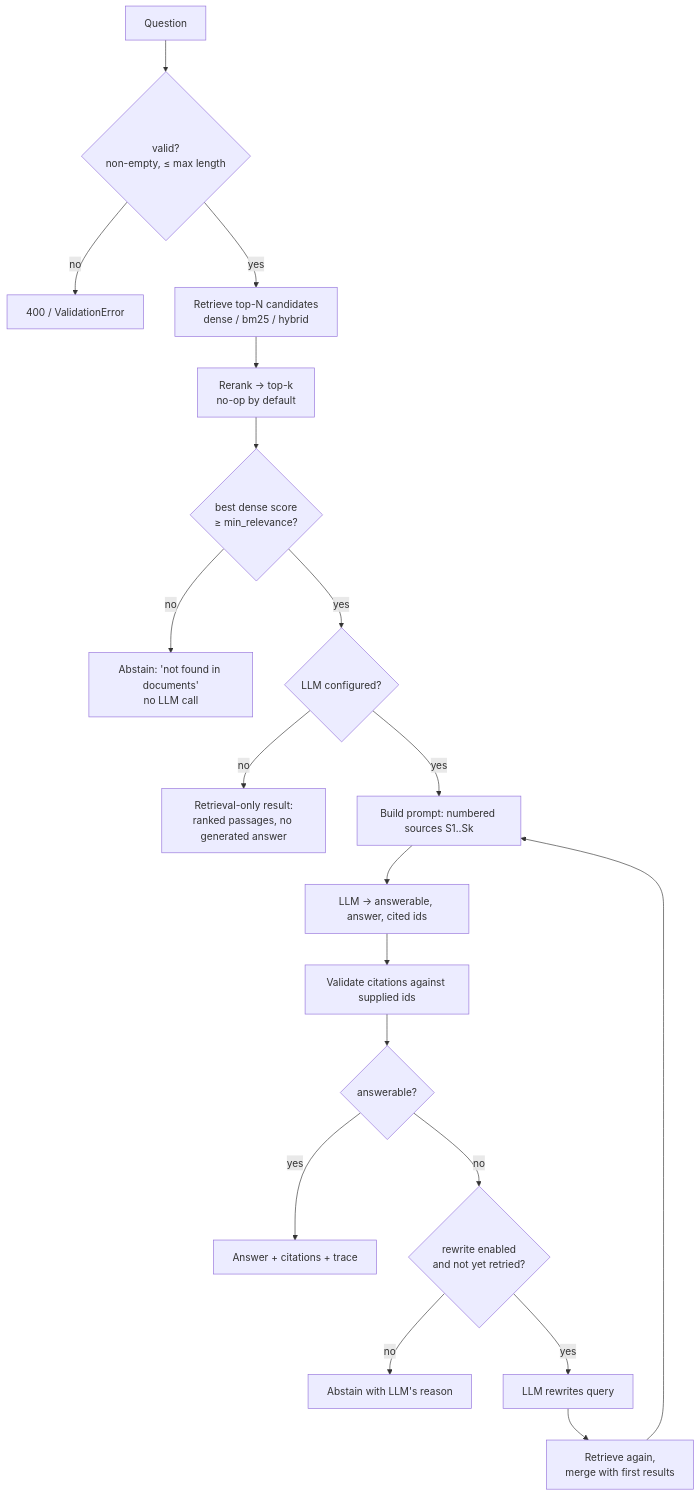
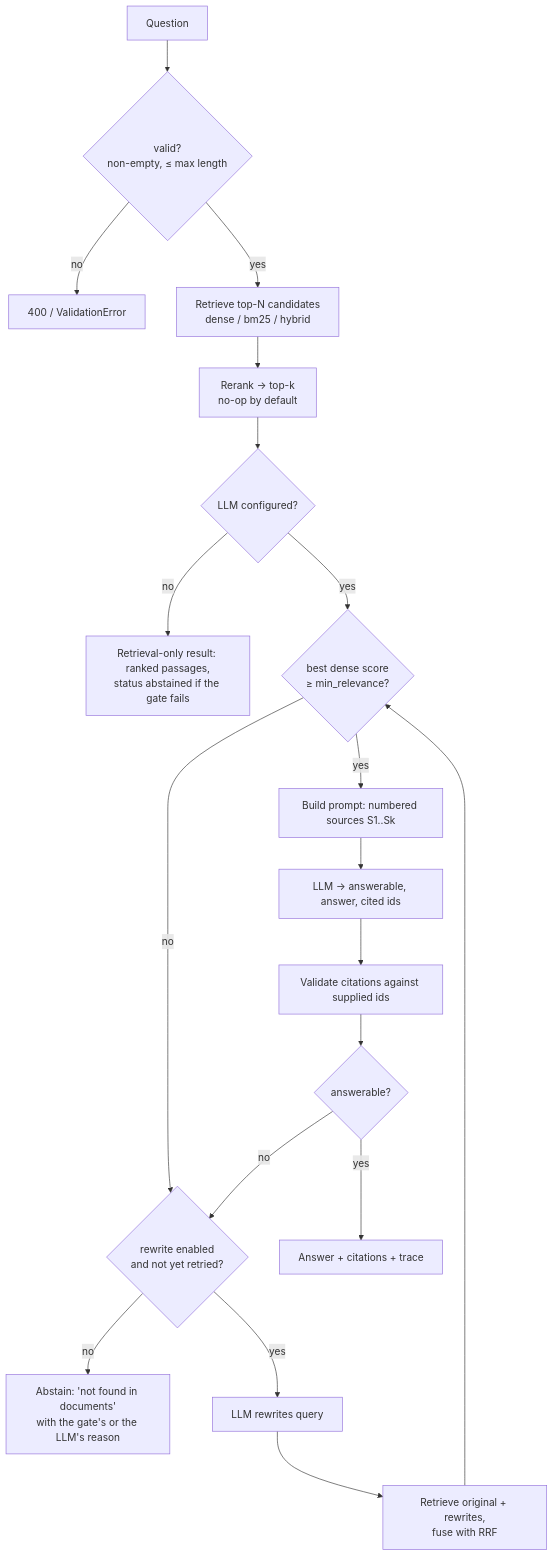
One commit to Rishabh2561/RAG_assessment changed the third of 4 diagrams in docs/01_ARCHITECTURE.md. Above: the diagram before and after it, drawn with Mermaid. The commit also changed other lines of this file and 28 other files, not shown here.

````diff
--- a/docs/01_ARCHITECTURE.md
+++ b/docs/01_ARCHITECTURE.md
@@ -141,19 +147,19 @@
 ```mermaid
 flowchart TD
     Q[Question] --> V{valid?<br/>non-empty, ≤ max length}
     V -- no --> E1[400 / ValidationError]
     V -- yes --> R[Retrieve top-N candidates<br/>dense / bm25 / hybrid]
     R --> RR[Rerank → top-k<br/>no-op by default]
-    RR --> G{best dense score<br/>≥ min_relevance?}
-    G -- no --> AB1[Abstain: 'not found in documents'<br/>no LLM call]
-    G -- yes --> L{LLM configured?}
-    L -- no --> RO[Retrieval-only result:<br/>ranked passages, no generated answer]
-    L -- yes --> P[Build prompt: numbered sources S1..Sk]
+    RR --> L{LLM configured?}
+    L -- no --> RO[Retrieval-only result: ranked passages,<br/>status abstained if the gate fails]
+    L -- yes --> G{best dense score<br/>≥ min_relevance?}
+    G -- no --> RW
+    G -- yes --> P[Build prompt: numbered sources S1..Sk]
     P --> GEN[LLM → answerable, answer, cited ids]
     GEN --> CV[Validate citations against supplied ids]
     CV --> A{answerable?}
     A -- yes --> OUT[Answer + citations + trace]
     A -- no --> RW{rewrite enabled<br/>and not yet retried?}
-    RW -- no --> AB2[Abstain with LLM's reason]
-    RW -- yes --> QR[LLM rewrites query] --> R2[Retrieve again,<br/>merge with first results] --> P
+    RW -- no --> AB2[Abstain: 'not found in documents'<br/>with the gate's or the LLM's reason]
+    RW -- yes --> QR[LLM rewrites query] --> R2[Retrieve original + rewrites,<br/>fuse with RRF] --> G
 ```
````
